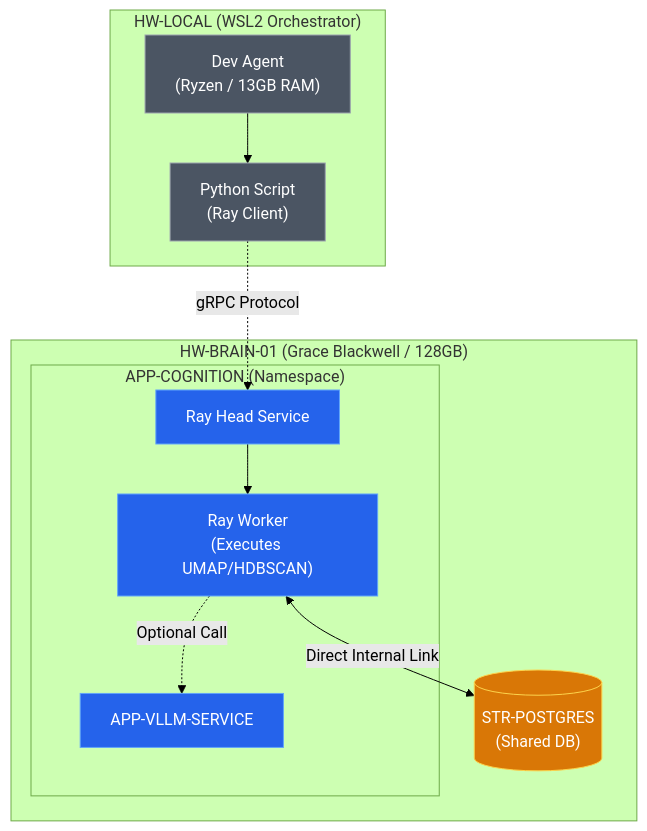
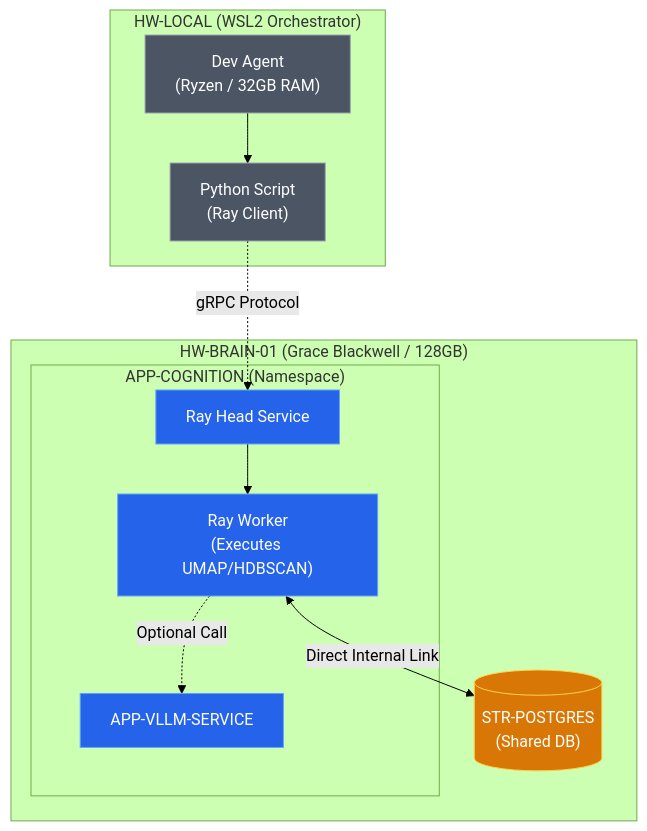
The diagram in dev/ADR/adr-004-server-side-compute-offload.md (HugoAlmeidaMoreira/ainews-clustering), drawn with Mermaid (forest theme) before and after one commit. The commit also changed 124 other files, not shown here.

````diff
--- a/dev/ADR/adr-004-server-side-compute-offload.md
+++ b/dev/ADR/adr-004-server-side-compute-offload.md
@@ -44,30 +44,30 @@
 ```mermaid
 graph TD
     %% ---------------------------------------------------------
     %% COLOR PALETTE (IDs from Cluster Ontology)
     %% ---------------------------------------------------------
     classDef control fill:#4b5563,stroke:#9ca3af,color:#fff
     classDef brain fill:#2563eb,stroke:#60a5fa,color:#fff
     classDef storage fill:#d97706,stroke:#fcd34d,color:#fff
 
     subgraph "HW-LOCAL (WSL2 Orchestrator)"
-        LOCAL["Dev Agent<br/>(Ryzen / 13GB RAM)"]:::control
+        LOCAL["Dev Agent<br/>(Ryzen / 32GB RAM)"]:::control
         SCRIPT["Python Script<br/>(Ray Client)"]:::control
     end
 
     subgraph "HW-BRAIN-01 (Grace Blackwell / 128GB)"
         subgraph "APP-COGNITION (Namespace)"
             RAY_HEAD["Ray Head Service"]:::brain
             RAY_WORKER["Ray Worker<br/>(Executes UMAP/HDBSCAN)"]:::brain
             
             VLLM["APP-VLLM-SERVICE"]:::brain
         end
         STR_PG[("STR-POSTGRES<br/>(Shared DB)")]:::storage
     end
 
     LOCAL --> SCRIPT
     SCRIPT -.->|gRPC Protocol| RAY_HEAD
     RAY_HEAD --> RAY_WORKER
     RAY_WORKER <-->|Direct Internal Link| STR_PG
     RAY_WORKER -.->|Optional Call| VLLM
 ```
````
